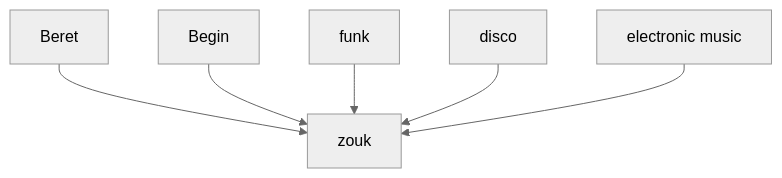
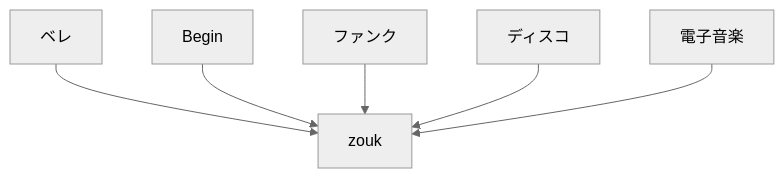
Before and after one commit to monumental-movement/monumental-movement.github.io: the fifth of 11 diagrams in en/_posts/2026-05-16-column-martinique.md, drawn with Mermaid (neutral theme). The commit also changed other lines of this file and 2196 other files, not shown here.

```diff
--- a/en/_posts/2026-05-16-column-martinique.md
+++ b/en/_posts/2026-05-16-column-martinique.md
@@ -221,13 +221,13 @@
 <div class="mermaid">
 graph TD
-A[Beret]
+A[ベレ]
 B[Begin]
-C[funk]
-D[disco]
-E[electronic music]
+C[ファンク]
+D[ディスコ]
+E[電子音楽]
 A --> F[zouk]
 B --> F
 C --> F
 D --> F
 E --> F
 </div>
```
